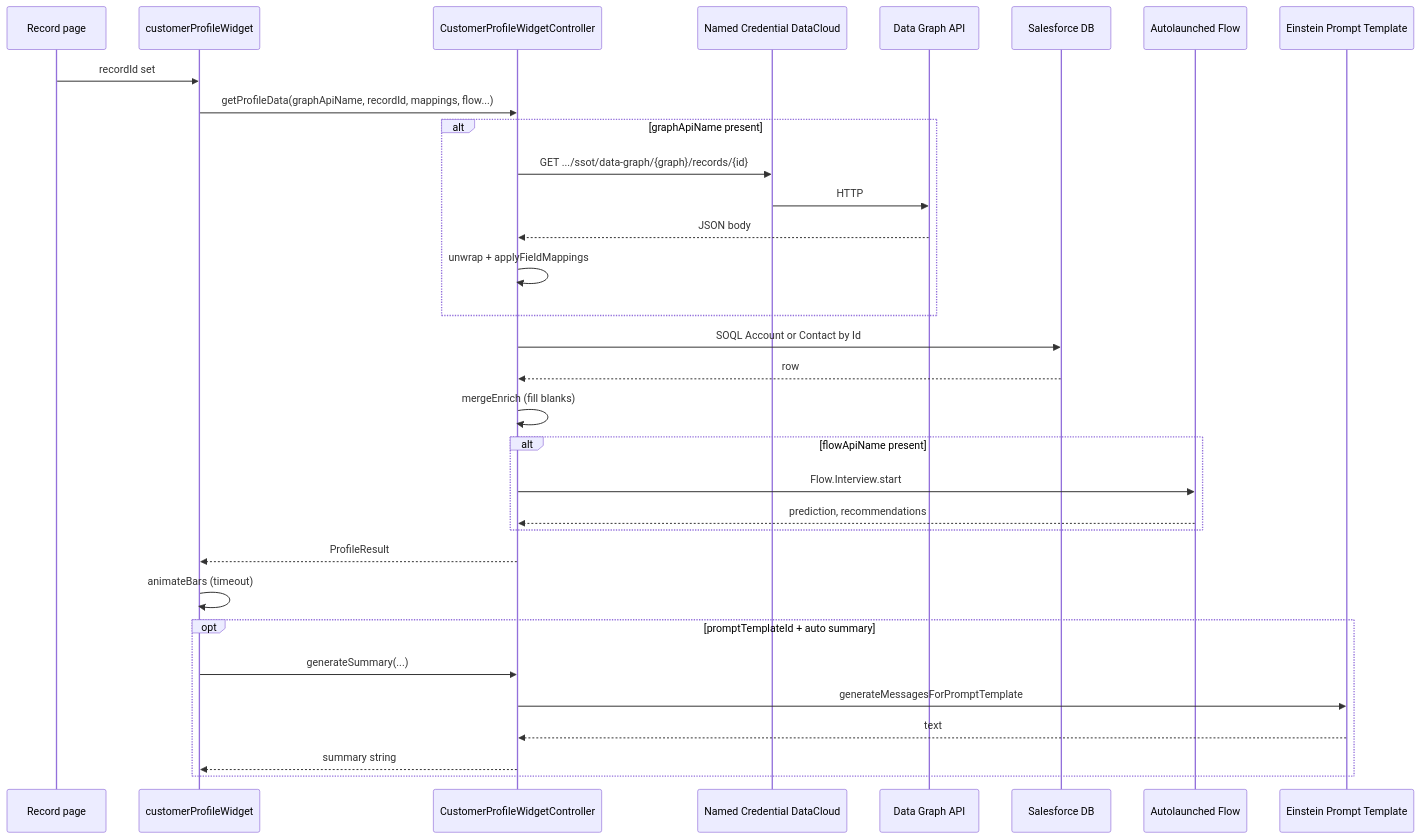
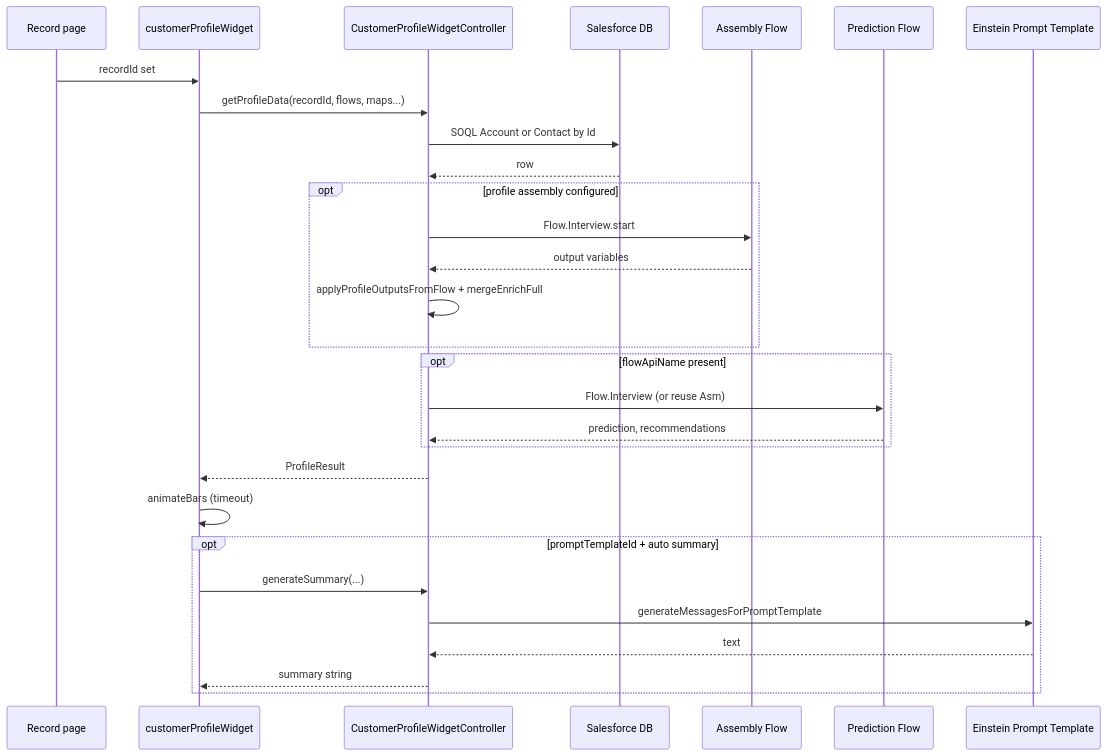
The first of 2 diagrams in DC_PersonProfileWidget/docs/ARCHITECTURE.md (josers18/JDO), drawn with Mermaid before and after one commit. The commit also changed other lines of this file and 32 other files, not shown here.

First line of the commit message:
docs(DC_PersonProfileWidget): guides, diagrams, samples, deploy/apex refs

````diff
--- a/DC_PersonProfileWidget/docs/ARCHITECTURE.md
+++ b/DC_PersonProfileWidget/docs/ARCHITECTURE.md
@@ -17,35 +15,32 @@
 ```mermaid
 sequenceDiagram
     participant Page as Record page
     participant LWC as customerProfileWidget
     participant Apex as CustomerProfileWidgetController
-    participant NC as Named Credential DataCloud
-    participant DC as Data Graph API
     participant DB as Salesforce DB
-    participant Flow as Autolaunched Flow
+    participant Asm as Assembly Flow
+    participant Pred as Prediction Flow
     participant E as Einstein Prompt Template
 
     Page->>LWC: recordId set
-    LWC->>Apex: getProfileData(graphApiName, recordId, mappings, flow...)
-    alt graphApiName present
-        Apex->>NC: GET .../ssot/data-graph/{graph}/records/{id}
-        NC->>DC: HTTP
-        DC-->>Apex: JSON body
-        Apex->>Apex: unwrap + applyFieldMappings
-    end
+    LWC->>Apex: getProfileData(recordId, flows, maps...)
     Apex->>DB: SOQL Account or Contact by Id
     DB-->>Apex: row
-    Apex->>Apex: mergeEnrich (fill blanks)
-    alt flowApiName present
-        Apex->>Flow: Flow.Interview.start
-        Flow-->>Apex: prediction, recommendations
+    opt profile assembly configured
+        Apex->>Asm: Flow.Interview.start
+        Asm-->>Apex: output variables
+        Apex->>Apex: applyProfileOutputsFromFlow + mergeEnrichFull
+    end
+    opt flowApiName present
+        Apex->>Pred: Flow.Interview (or reuse Asm)
+        Pred-->>Apex: prediction, recommendations
     end
     Apex-->>LWC: ProfileResult
     LWC->>LWC: animateBars (timeout)
     opt promptTemplateId + auto summary
         LWC->>Apex: generateSummary(...)
         Apex->>E: generateMessagesForPromptTemplate
         E-->>Apex: text
         Apex-->>LWC: summary string
     end
 ```
````
